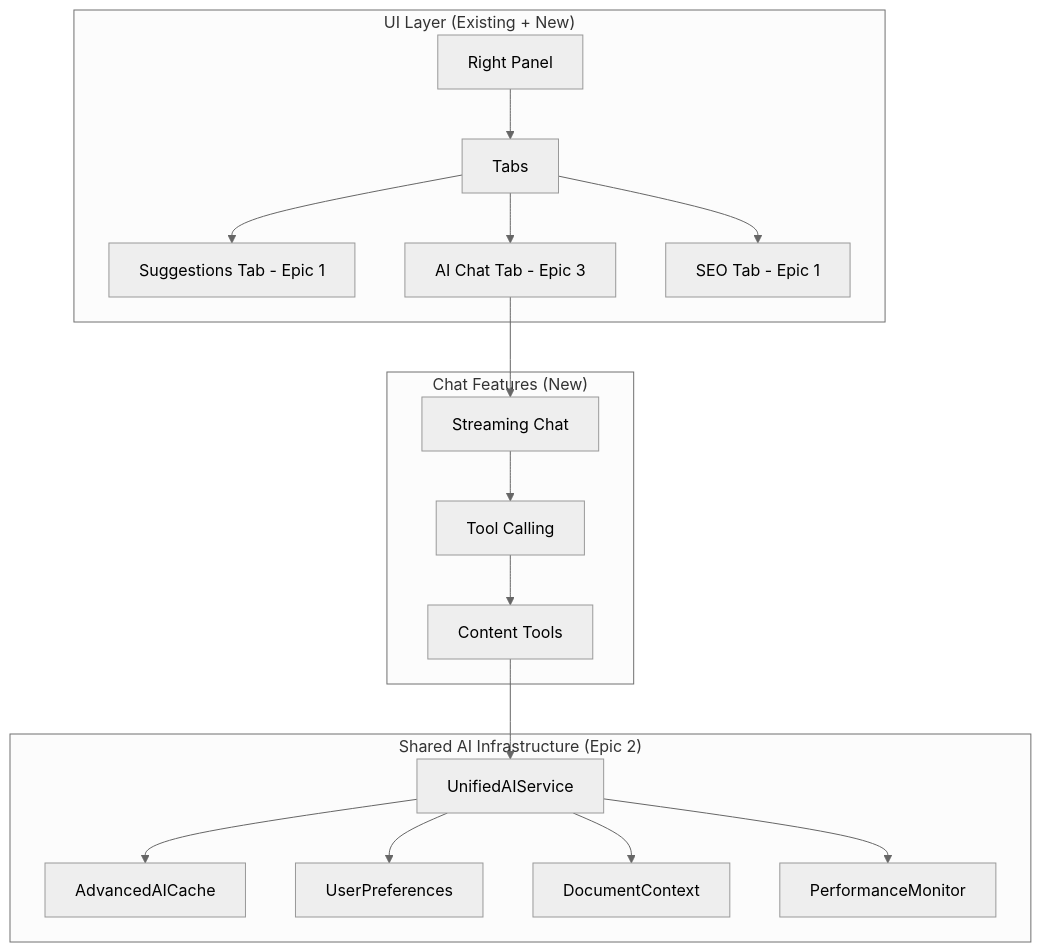
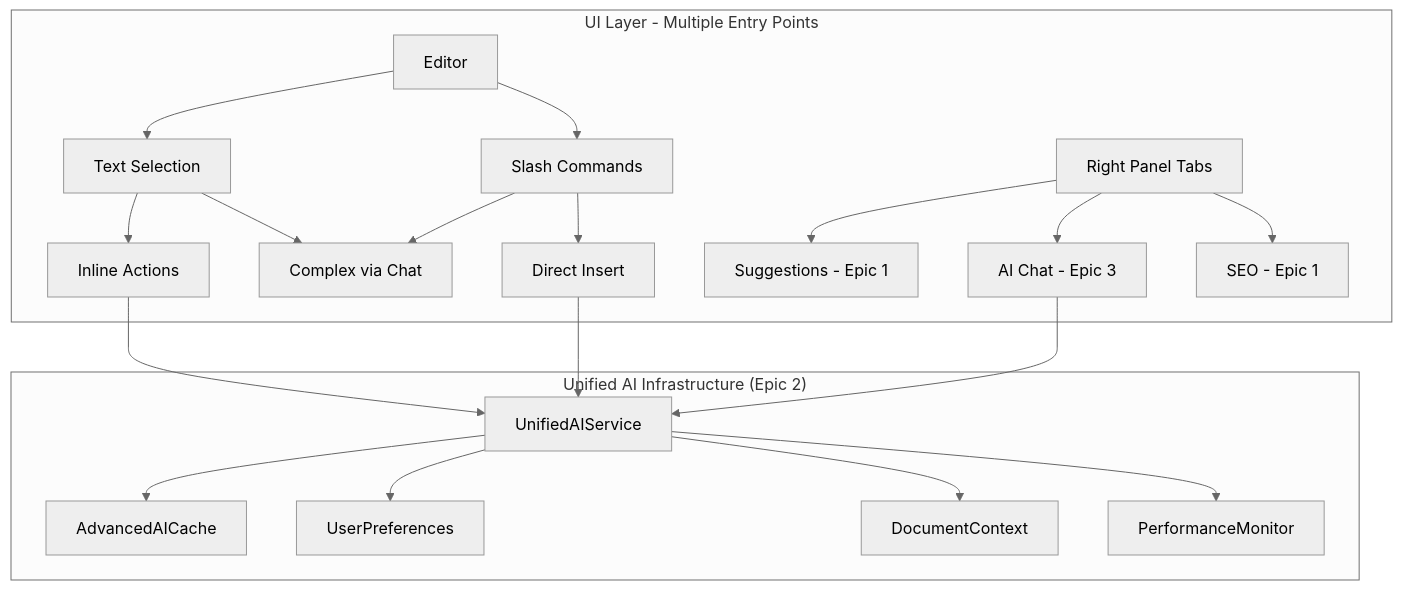
One commit to MitchForest/wordwise changed the diagram in .pm/docs/old/epic-3-latest.md. Above: the diagram before and after it, drawn with Mermaid (neutral theme). The commit also changed other lines of this file and 24 other files, not shown here.

````diff
--- a/.pm/docs/old/epic-3-latest.md
+++ b/.pm/docs/old/epic-3-latest.md
@@ -16,23 +17,28 @@
 ```mermaid
 graph TD
-    subgraph "UI Layer (Existing + New)"
-        A[Right Panel] --> B[Tabs]
-        B --> C[Suggestions Tab - Epic 1]
-        B --> D[AI Chat Tab - Epic 3]
-        B --> E[SEO Tab - Epic 1]
+    subgraph "UI Layer - Multiple Entry Points"
+        A[Editor] --> B[Text Selection]
+        B --> C[Inline Actions]
+        B --> D[Chat via Selection]
+        
+        A --> E[Slash Commands]
+        E --> F[Direct Insert]
+        E --> D[Complex via Chat]
+        
+        G[Right Panel Tabs]
+        G --> H[Suggestions - Epic 1]
+        G --> I[AI Chat - Epic 3]
+        G --> J[SEO - Epic 1]
     end
     
-    subgraph "Shared AI Infrastructure (Epic 2)"
-        F[UnifiedAIService] --> G[AdvancedAICache]
-        F --> H[UserPreferences]
-        F --> I[DocumentContext]
-        F --> J[PerformanceMonitor]
+    subgraph "Unified AI Infrastructure (Epic 2)"
+        K[UnifiedAIService] --> L[AdvancedAICache]
+        K --> M[UserPreferences]
+        K --> N[DocumentContext]
+        K --> O[PerformanceMonitor]
     end
     
-    subgraph "Chat Features (New)"
-        D --> K[Streaming Chat]
-        K --> L[Tool Calling]
-        L --> M[Content Tools]
-        M --> F
-    end
+    C --> K
+    F --> K
+    I --> K
 ```
````
